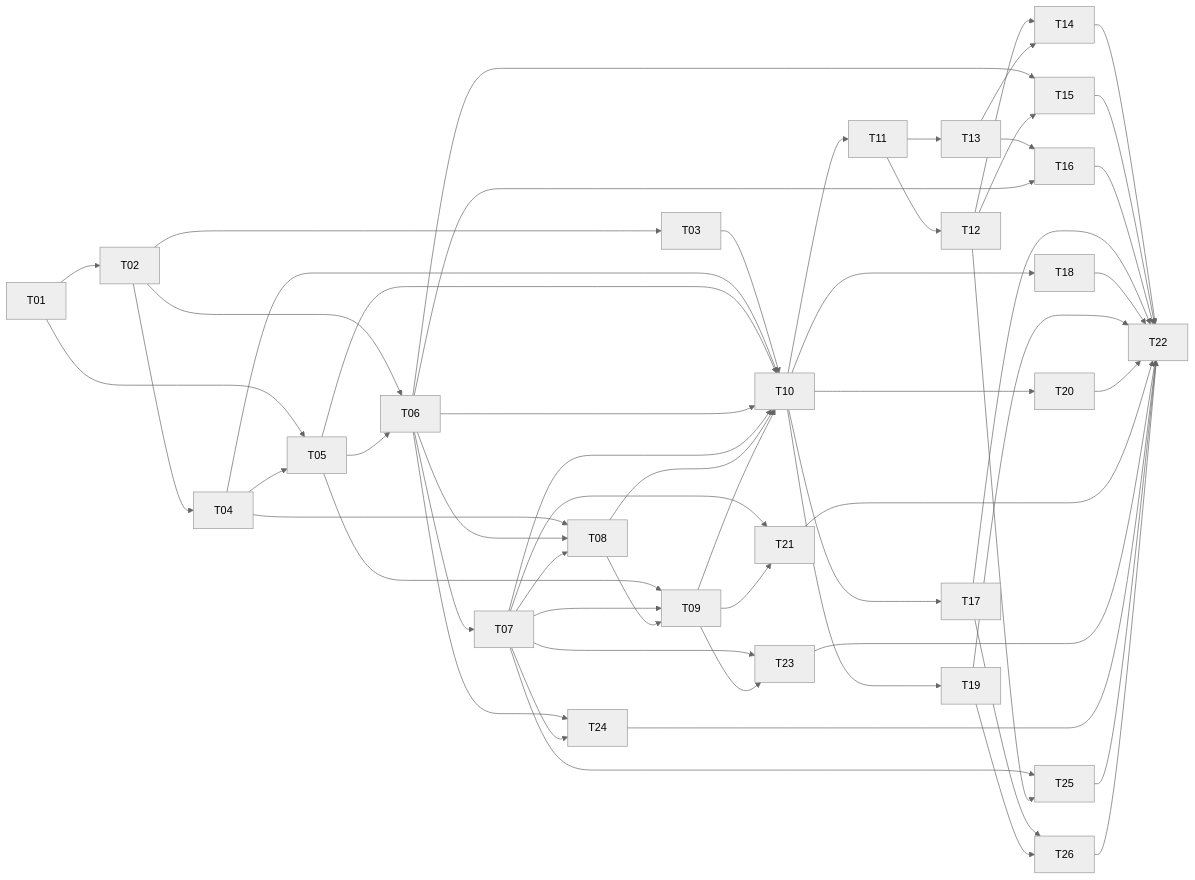
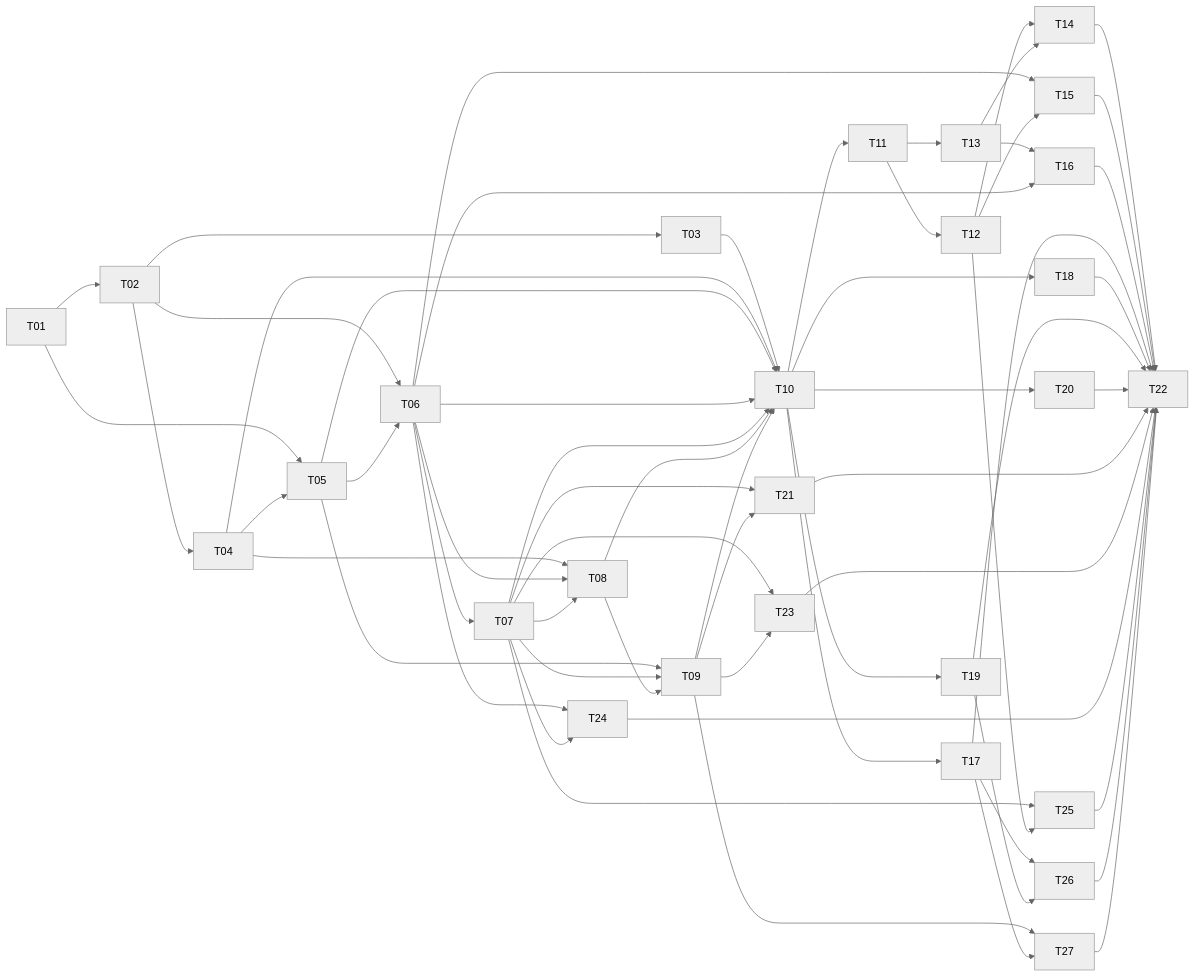
One commit to santiarrto/dice-game changed the diagram in PLANNING.md. Above: the diagram before and after it, drawn with Mermaid (neutral theme). The commit also changed other lines of this file and 14 other files, not shown here.

````diff
--- a/PLANNING.md
+++ b/PLANNING.md
@@ -212,59 +214,62 @@
 ```mermaid
 flowchart LR
   T01 --> T02
   T01 --> T05
   T02 --> T03
   T02 --> T04
   T02 --> T06
   T04 --> T05
   T05 --> T06
   T06 --> T07
   T04 --> T08
   T06 --> T08
   T07 --> T08
   T05 --> T09
   T07 --> T09
   T08 --> T09
   T03 --> T10
   T04 --> T10
   T05 --> T10
   T06 --> T10
   T07 --> T10
   T08 --> T10
   T09 --> T10
   T10 --> T11
   T11 --> T12
   T11 --> T13
   T12 --> T14
   T13 --> T14
   T06 --> T15
   T12 --> T15
   T13 --> T16
   T06 --> T16
   T10 --> T17
   T10 --> T18
   T10 --> T19
   T10 --> T20
   T07 --> T21
   T09 --> T21
   T07 --> T23
   T09 --> T23
   T06 --> T24
   T07 --> T24
   T07 --> T25
   T12 --> T25
   T17 --> T26
   T19 --> T26
+  T09 --> T27
+  T17 --> T27
   T14 --> T22
   T15 --> T22
   T16 --> T22
   T17 --> T22
   T18 --> T22
   T19 --> T22
   T20 --> T22
   T21 --> T22
   T23 --> T22
   T24 --> T22
   T25 --> T22
   T26 --> T22
+  T27 --> T22
 ```
````
